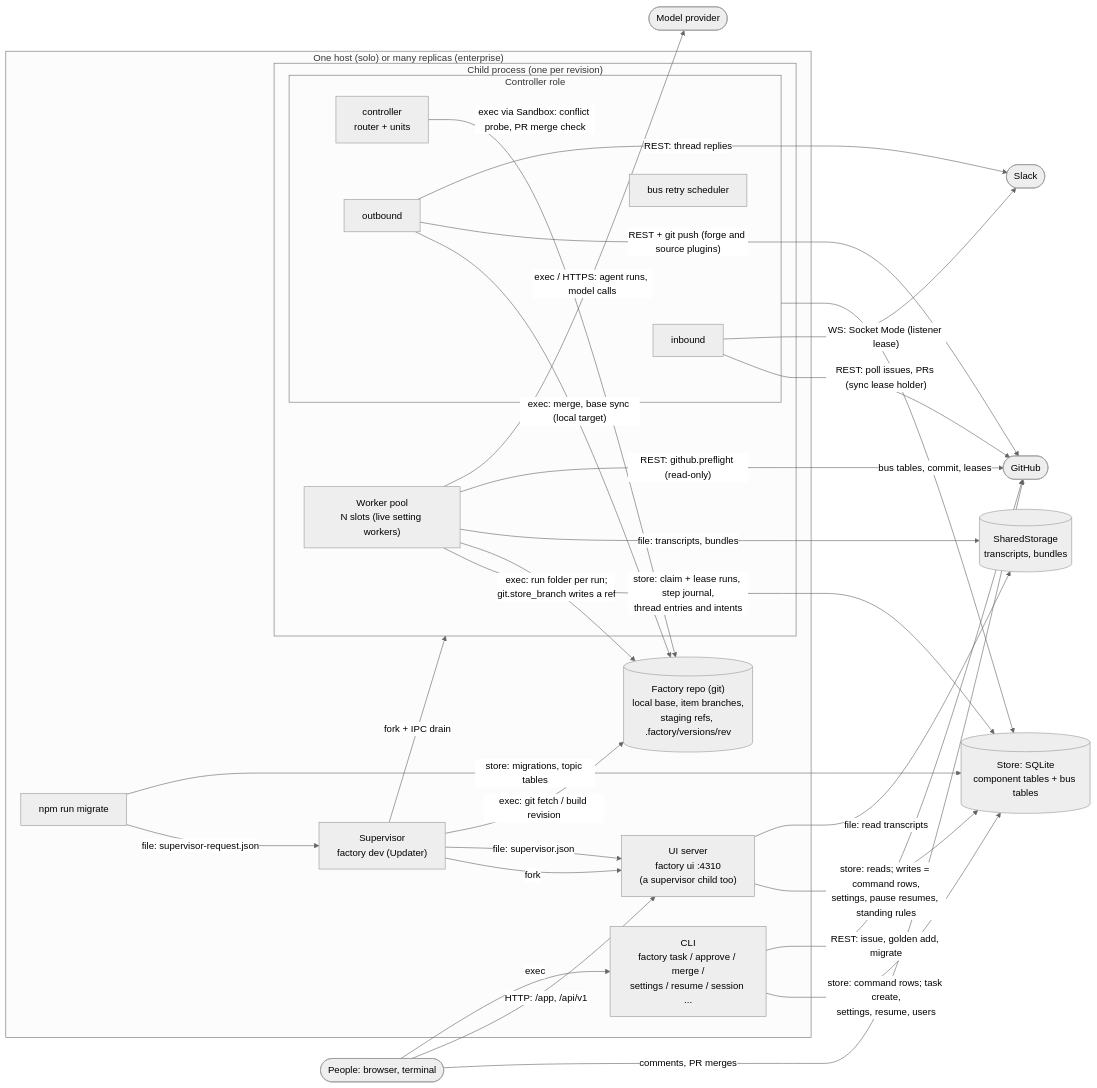
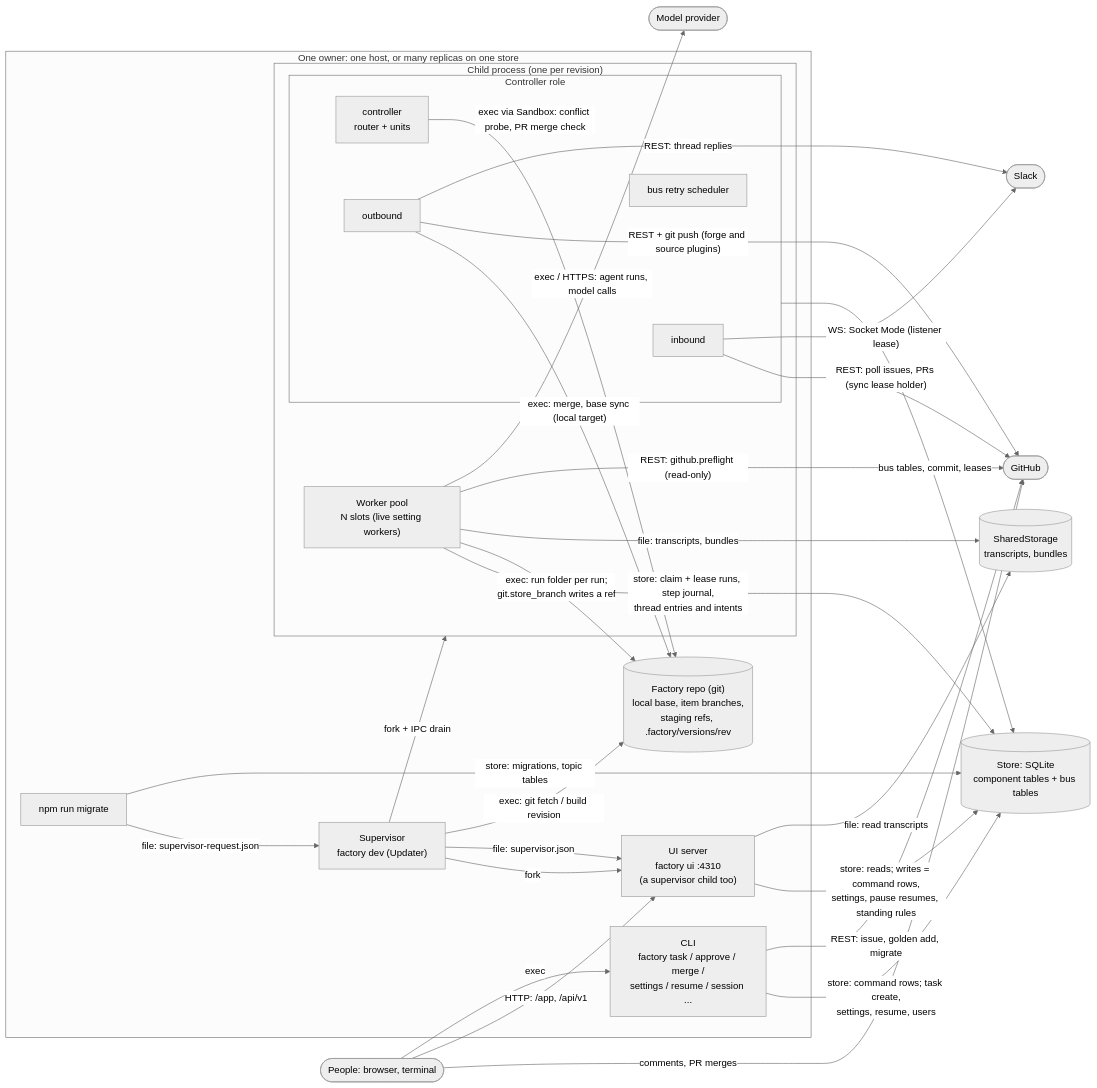
The first of 6 diagrams in ARCHITECTURE.md (seonWKim/software-factory), drawn with Mermaid (neutral theme) before and after one commit. The commit also changed other lines of this file and 20 other files, not shown here.

Commit message:
Docs: one owner, local first; retire PROGRESS.md into ARCHITECTURE section 7; fix setup sample and design index

````diff
--- a/ARCHITECTURE.md
+++ b/ARCHITECTURE.md
@@ -32,52 +32,52 @@
 ```mermaid
 graph LR
-  subgraph HOST["One host (solo) or many replicas (enterprise)"]
+  subgraph HOST["One owner: one host, or many replicas on one store"]
     SUP["Supervisor<br/>factory dev (Updater)"]
     subgraph CHILD["Child process (one per revision)"]
       subgraph CR["Controller role"]
         INB["inbound"]
         CTL["controller<br/>router + units"]
         OUT["outbound"]
         BUSS["bus retry scheduler"]
       end
       WP["Worker pool<br/>N slots (live setting workers)"]
     end
     UI["UI server<br/>factory ui :4310<br/>(a supervisor child too)"]
     CLI["CLI<br/>factory task / approve / merge /<br/>settings / resume / session ..."]
     MIG["npm run migrate"]
     REPO[("Factory repo (git)<br/>local base, item branches,<br/>staging refs, .factory/versions/rev")]
   end
 
   STORE[("Store: SQLite<br/>component tables + bus tables")]
   STG[("SharedStorage<br/>transcripts, bundles")]
   GH(["GitHub"])
   SL(["Slack"])
   LLM(["Model provider"])
   PEOPLE(["People: browser, terminal"])
 
   SUP -- "fork + IPC drain" --> CHILD
   SUP -- "fork" --> UI
   SUP -- "file: supervisor.json" --> UI
   MIG -- "file: supervisor-request.json" --> SUP
   MIG -- "store: migrations, topic tables" --> STORE
   SUP -- "exec: git fetch / build revision" --> REPO
   CR -- "bus tables, commit, leases" --> STORE
   WP -- "store: claim + lease runs, step journal,<br/>thread entries and intents" --> STORE
   UI -- "store: reads; writes = command rows,<br/>settings, pause resumes, standing rules" --> STORE
   CLI -- "store: command rows; task create,<br/>settings, resume, users" --> STORE
   WP -- "exec: run folder per run;<br/>git.store_branch writes a ref" --> REPO
   OUT -- "exec: merge, base sync (local target)" --> REPO
   CTL -- "exec via Sandbox: conflict probe, PR merge check" --> REPO
   WP -- "file: transcripts, bundles" --> STG
   UI -- "file: read transcripts" --> STG
   INB -- "REST: poll issues, PRs (sync lease holder)" --> GH
   OUT -- "REST + git push (forge and source plugins)" --> GH
   WP -- "REST: github.preflight (read-only)" --> GH
   CLI -- "REST: issue, golden add, migrate" --> GH
   INB -- "WS: Socket Mode (listener lease)" --> SL
   OUT -- "REST: thread replies" --> SL
   WP -- "exec / HTTPS: agent runs, model calls" --> LLM
   PEOPLE -- "HTTP: /app, /api/v1" --> UI
   PEOPLE -- "comments, PR merges" --> GH
   PEOPLE -- "exec" --> CLI
 ```
````
